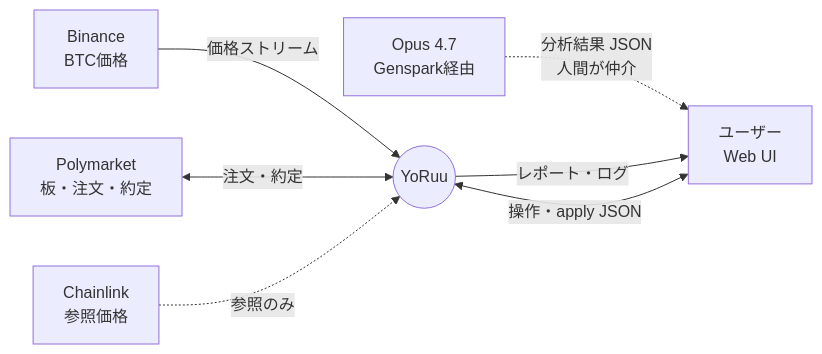
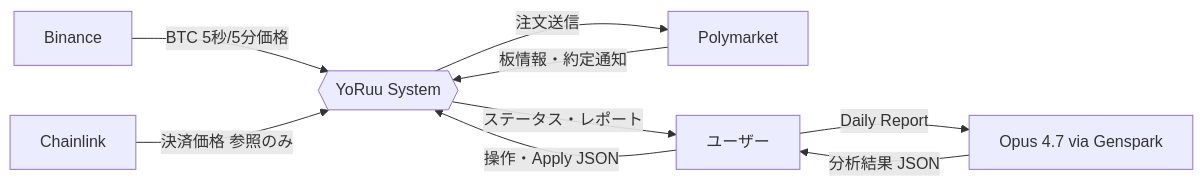
The first of 2 diagrams in docs/design/04_data_flow.md (matrix9neonebuchadnezzar2199-sketch/YoRuu), drawn with Mermaid before and after one commit. The commit also changed other lines of this file and 8 other files, not shown here.

````diff
--- a/docs/design/04_data_flow.md
+++ b/docs/design/04_data_flow.md
@@ -11,17 +10,19 @@
 ```mermaid
 flowchart LR
-    BN[Binance<br/>BTC価格]
-    PM[Polymarket<br/>板・注文・約定]
-    CL[Chainlink<br/>参照価格]
-    USER[ユーザー<br/>Web UI]
-    OPUS[Opus 4.7<br/>Genspark経由]
+    BIN[Binance]
+    POLY[Polymarket]
+    CL[Chainlink]
+    USER[ユーザー]
+    OPUS[Opus 4.7 via Genspark]
 
-    YR((YoRuu))
+    YORUU{{YoRuu System}}
 
-    BN -->|価格ストリーム| YR
-    PM <-->|注文・約定| YR
-    CL -.->|参照のみ| YR
-    USER <-->|操作・apply JSON| YR
-    OPUS -.->|分析結果 JSON<br/>人間が仲介| USER
-    YR -->|レポート・ログ| USER
+    BIN -->|BTC 5秒/5分価格| YORUU
+    POLY -->|板情報・約定通知| YORUU
+    YORUU -->|注文送信| POLY
+    CL -->|決済価格 参照のみ| YORUU
+    USER -->|操作・Apply JSON| YORUU
+    YORUU -->|ステータス・レポート| USER
+    USER -->|Daily Report| OPUS
+    OPUS -->|分析結果 JSON| USER
 ```
````
